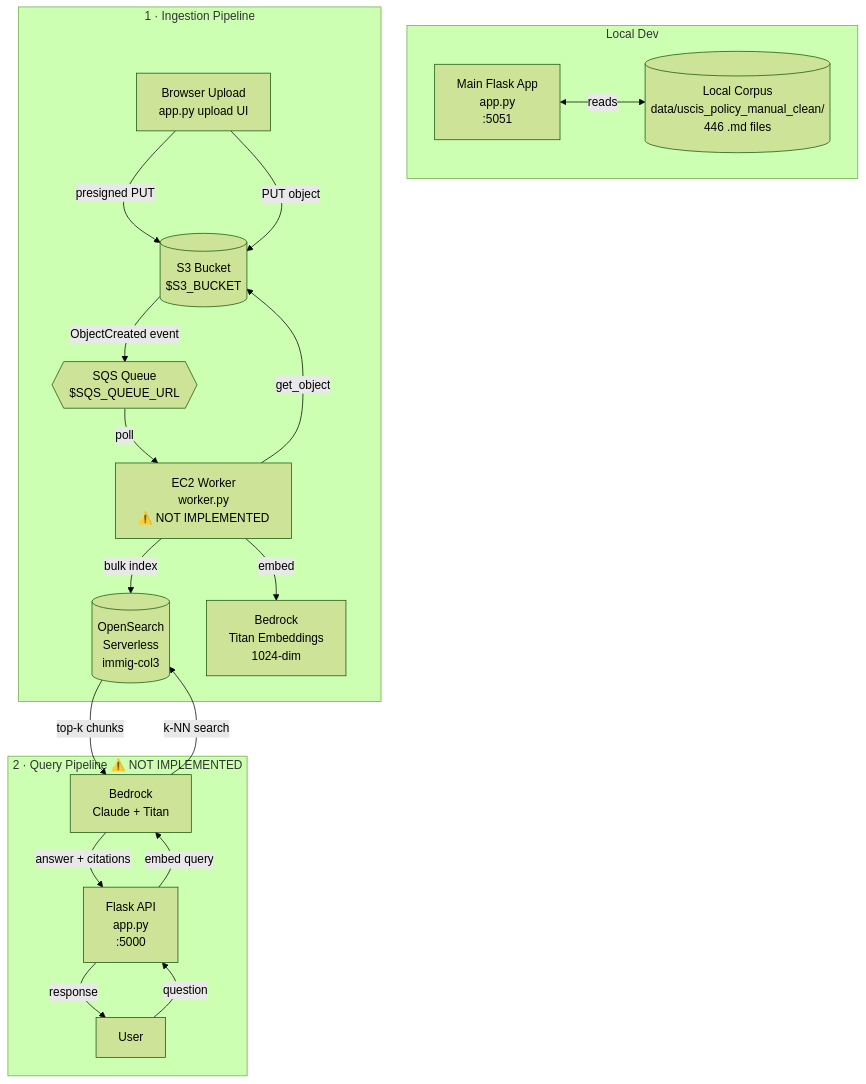
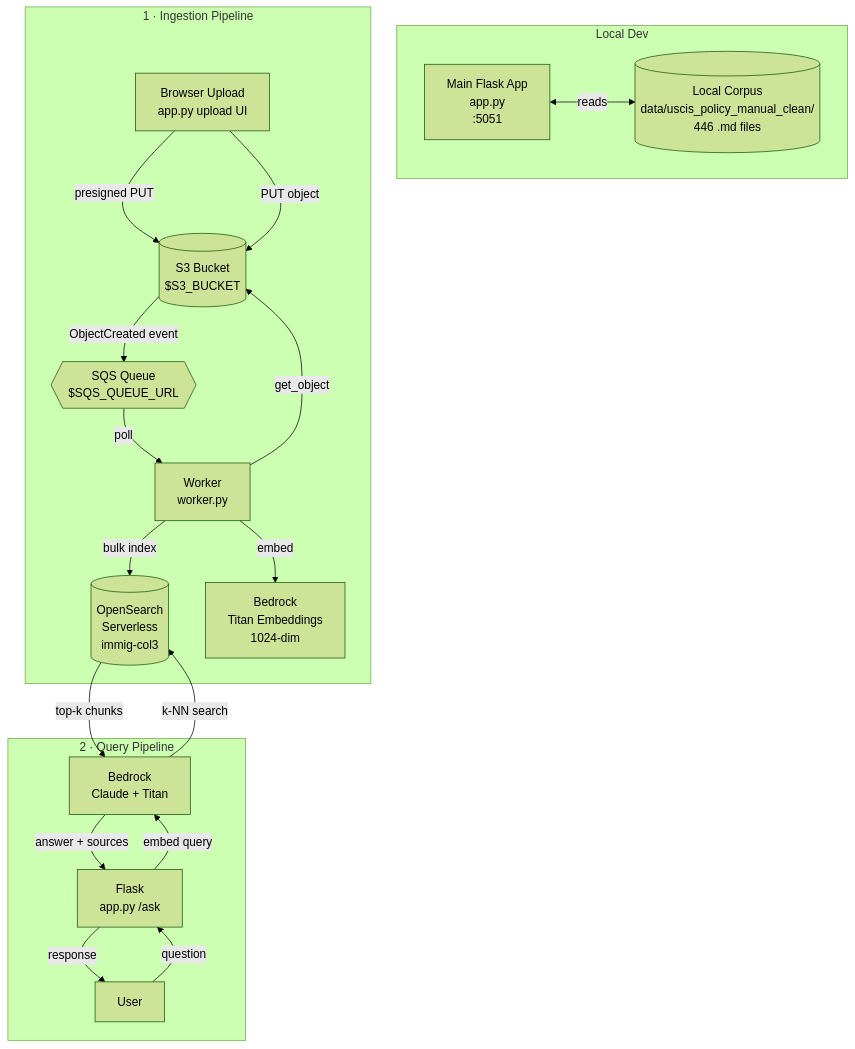
The diagram in docs/CODEBASE_MAP.md (segalmax/immigration-rag), drawn with Mermaid (forest theme) before and after one commit. The commit also changed other lines of this file and 15 other files, not shown here.

````diff
--- a/docs/CODEBASE_MAP.md
+++ b/docs/CODEBASE_MAP.md
@@ -23,37 +23,37 @@
 ```mermaid
 flowchart TD
     subgraph Dev["Local Dev"]
         KBDash["Main Flask App\napp.py\n:5051"]
         LocalCorpus[("Local Corpus\ndata/uscis_policy_manual_clean/\n446 .md files")]
         KBDash <-->|reads| LocalCorpus
     end
 
     subgraph Ingestion["1 · Ingestion Pipeline"]
         Browser["Browser Upload\napp.py upload UI"]
         S3[("S3 Bucket\n$S3_BUCKET")]
         SQS{{"SQS Queue\n$SQS_QUEUE_URL"}}
-        Worker["EC2 Worker\nworker.py\n⚠️ NOT IMPLEMENTED"]
+        Worker["Worker\nworker.py"]
         OS[("OpenSearch\nServerless\nimmig-col3")]
         Bedrock1["Bedrock\nTitan Embeddings\n1024-dim"]
 
         Browser -->|presigned PUT| S3
         Browser -->|PUT object| S3
         S3 -->|ObjectCreated event| SQS
         SQS -->|poll| Worker
         Worker -->|get_object| S3
         Worker -->|embed| Bedrock1
         Worker -->|bulk index| OS
     end
 
-    subgraph Query["2 · Query Pipeline ⚠️ NOT IMPLEMENTED"]
+    subgraph Query["2 · Query Pipeline"]
         User["User"]
-        API["Flask API\napp.py\n:5000"]
+        API["Flask\napp.py /ask"]
         Bedrock2["Bedrock\nClaude + Titan"]
         API -->|embed query| Bedrock2
         Bedrock2 -->|k-NN search| OS
         OS -->|top-k chunks| Bedrock2
-        Bedrock2 -->|answer + citations| API
+        Bedrock2 -->|answer + sources| API
         User -->|question| API
         API -->|response| User
     end
 ```
````
